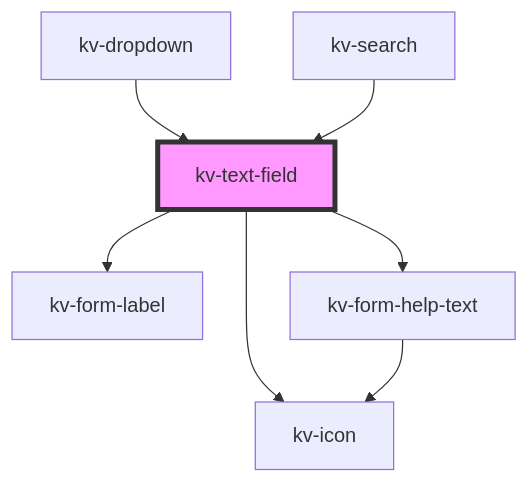
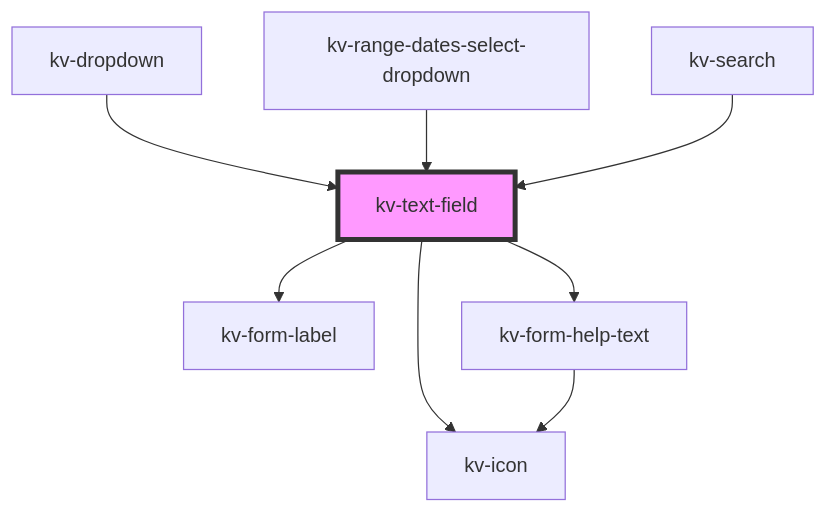
Before and after one commit to kelvininc/ui-components: the diagram in packages/ui-components/src/components/text-field/readme.md, drawn with Mermaid. The commit also changed other lines of this file and 91 other files, not shown here.

````diff
--- a/packages/ui-components/src/components/text-field/readme.md
+++ b/packages/ui-components/src/components/text-field/readme.md
@@ -144,10 +145,11 @@
 ```mermaid
 graph TD;
   kv-text-field --> kv-form-label
   kv-text-field --> kv-icon
   kv-text-field --> kv-form-help-text
   kv-form-help-text --> kv-icon
   kv-dropdown --> kv-text-field
+  kv-range-dates-select-dropdown --> kv-text-field
   kv-search --> kv-text-field
   style kv-text-field fill:#f9f,stroke:#333,stroke-width:4px
 ```
````
